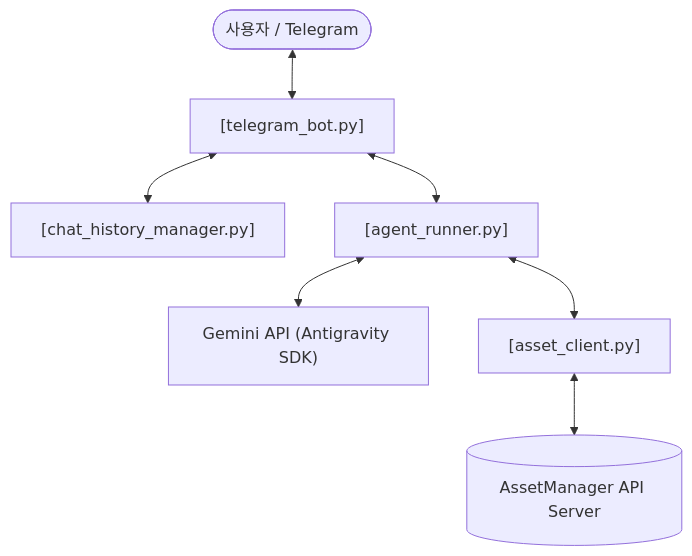
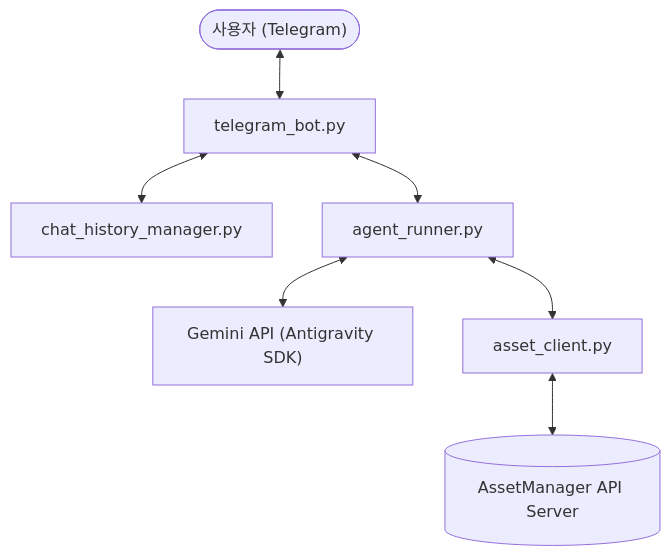
Before and after one commit to june8193/Asset-jun-bot: the diagram in README.md, drawn with Mermaid.

Commit message:
문서: Mermaid 다이어그램 구문 오류 수정 및 호환성 개선

````diff
--- a/README.md
+++ b/README.md
@@ -54,9 +54,9 @@
 ```mermaid
 graph TD
-    User([사용자 / Telegram]) <--> TelegramBot["[telegram_bot.py]"]
-    TelegramBot <--> ChatHistory["[chat_history_manager.py]"]
-    TelegramBot <--> AgentRunner["[agent_runner.py]"]
+    User(["사용자 (Telegram)"]) <--> TelegramBot["telegram_bot.py"]
+    TelegramBot <--> ChatHistory["chat_history_manager.py"]
+    TelegramBot <--> AgentRunner["agent_runner.py"]
     AgentRunner <--> GeminiAPI["Gemini API (Antigravity SDK)"]
-    AgentRunner <--> AssetClient["[asset_client.py]"]
-    AssetClient <--> AssetManagerAPI[("AssetManager API Server")]
+    AgentRunner <--> AssetClient["asset_client.py"]
+    AssetClient <--> AssetManagerAPI[(AssetManager API Server)]
 ```
````
